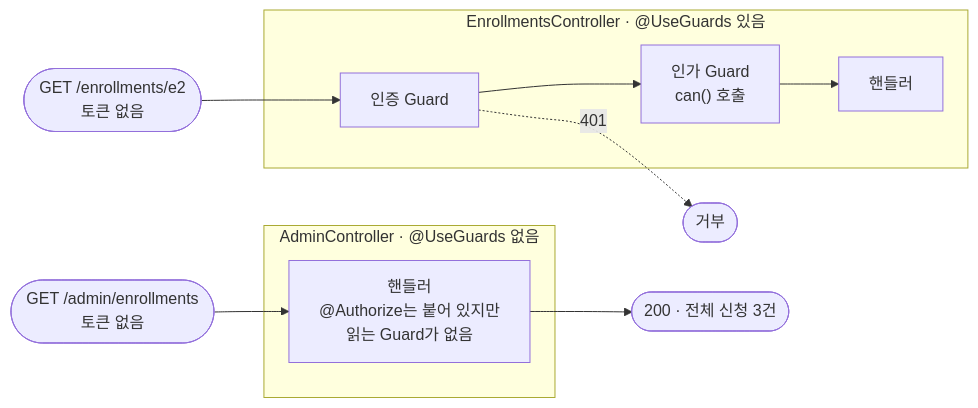
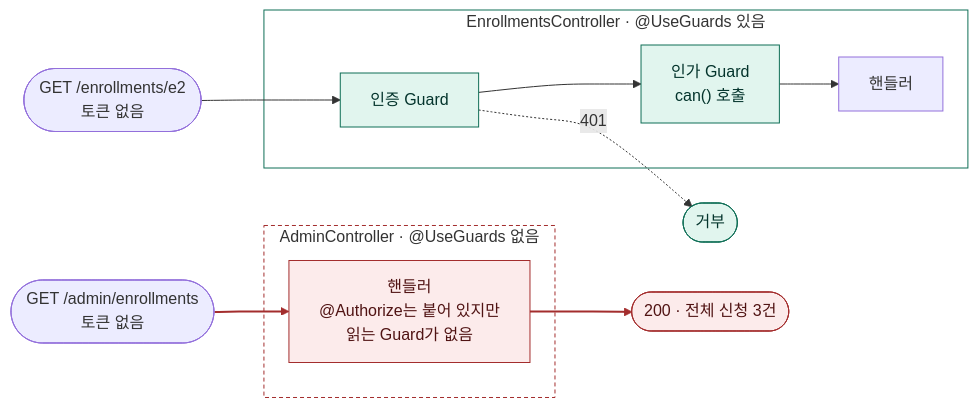
One commit to loquemedalagana/secure-enroll-demo changed the diagram in docs/diagnosis/defect-1.md. Above: the diagram before and after it, drawn with Mermaid. The commit also changed other lines of this file and 1 other file, not shown here.

Commit message:
docs: 결함 문서의 그림에 색 추가
검사가 이루어지는 곳과 수정된 상태는 초록, 검사 없이 지나가는 곳과 결함이 있는
상태는 빨강으로 구분한다. 색의 뜻을 그림 아래에 한 줄로 적는다.

````diff
--- a/docs/diagnosis/defect-1.md
+++ b/docs/diagnosis/defect-1.md
@@ -73,17 +73,25 @@
 ```mermaid
 flowchart LR
   req1(["GET /enrollments/e2<br/>토큰 없음"])
   req2(["GET /admin/enrollments<br/>토큰 없음"])
 
   subgraph c1["EnrollmentsController · @UseGuards 있음"]
     g1["인증 Guard"] --> g2["인가 Guard<br/>can() 호출"] --> h1["핸들러"]
   end
   subgraph c2["AdminController · @UseGuards 없음"]
     h2["핸들러<br/>@Authorize는 붙어 있지만<br/>읽는 Guard가 없음"]
   end
 
   req1 --> g1
   g1 -. "401" .-> out1(["거부"])
   req2 --> h2
   h2 --> out2(["200 · 전체 신청 3건"])
+
+  classDef safe fill:#E1F5EE,stroke:#0F6E56,color:#04342C
+  classDef danger fill:#FCEBEB,stroke:#A32D2D,color:#501313
+  class g1,g2,out1 safe
+  class h2,out2 danger
+  style c1 fill:none,stroke:#0F6E56
+  style c2 fill:none,stroke:#A32D2D,stroke-dasharray:4 3
+  linkStyle 4,5 stroke:#A32D2D,stroke-width:2px
 ```
````
